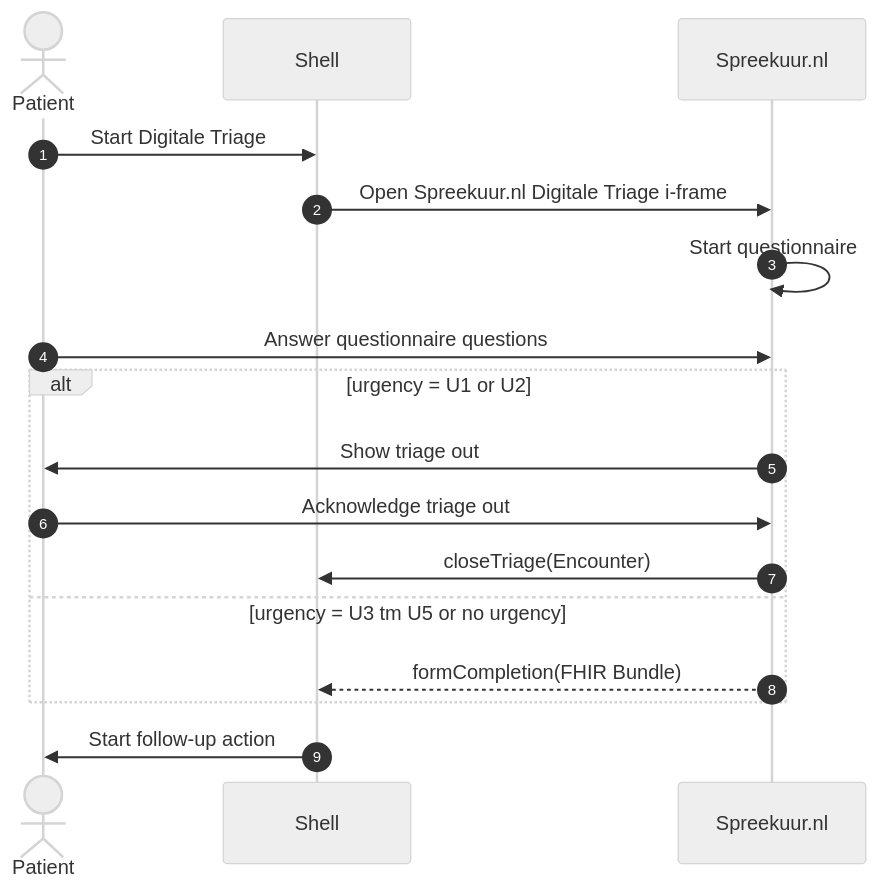
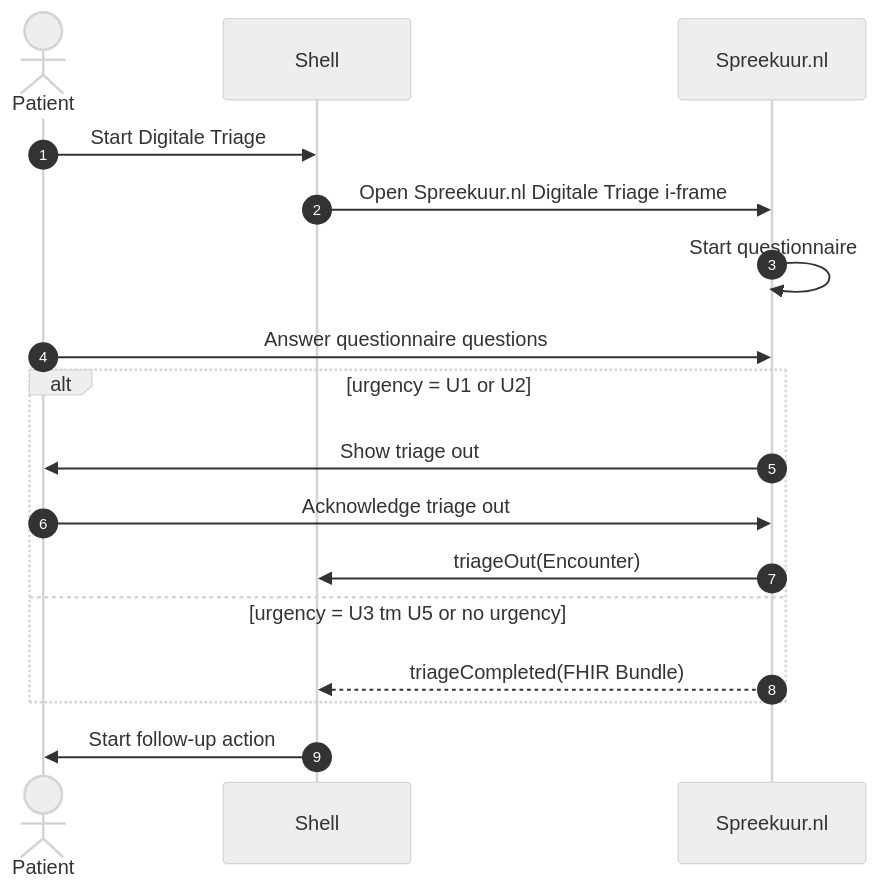
Before and after one commit to topicushealthcare/spreekuur-docs: the diagram in docs/features/digitale-triage/digitale-triage.md, drawn with Mermaid (neutral theme). The commit also changed other lines of this file, not shown here.

````diff
--- a/docs/features/digitale-triage/digitale-triage.md
+++ b/docs/features/digitale-triage/digitale-triage.md
@@ -16,20 +16,20 @@
 ```mermaid
 sequenceDiagram
     autonumber
     actor P as Patient
     participant shell as Shell
     participant SU as Spreekuur.nl
 
     P->>shell: Start Digitale Triage
     shell->>SU: Open Spreekuur.nl Digitale Triage i-frame
     SU->>SU: Start questionnaire
     P->>SU: Answer questionnaire questions
     alt urgency = U1 or U2
         SU->>P: Show triage out
         P->>SU: Acknowledge triage out
-        SU->>shell: closeTriage(Encounter)
+        SU->>shell: triageOut(Encounter)
     else urgency = U3 tm U5 or no urgency
-        SU-->>shell: formCompletion(FHIR Bundle)
+        SU-->>shell: triageCompleted(FHIR Bundle)
     end
     shell->>P: Start follow-up action
 ```
````
